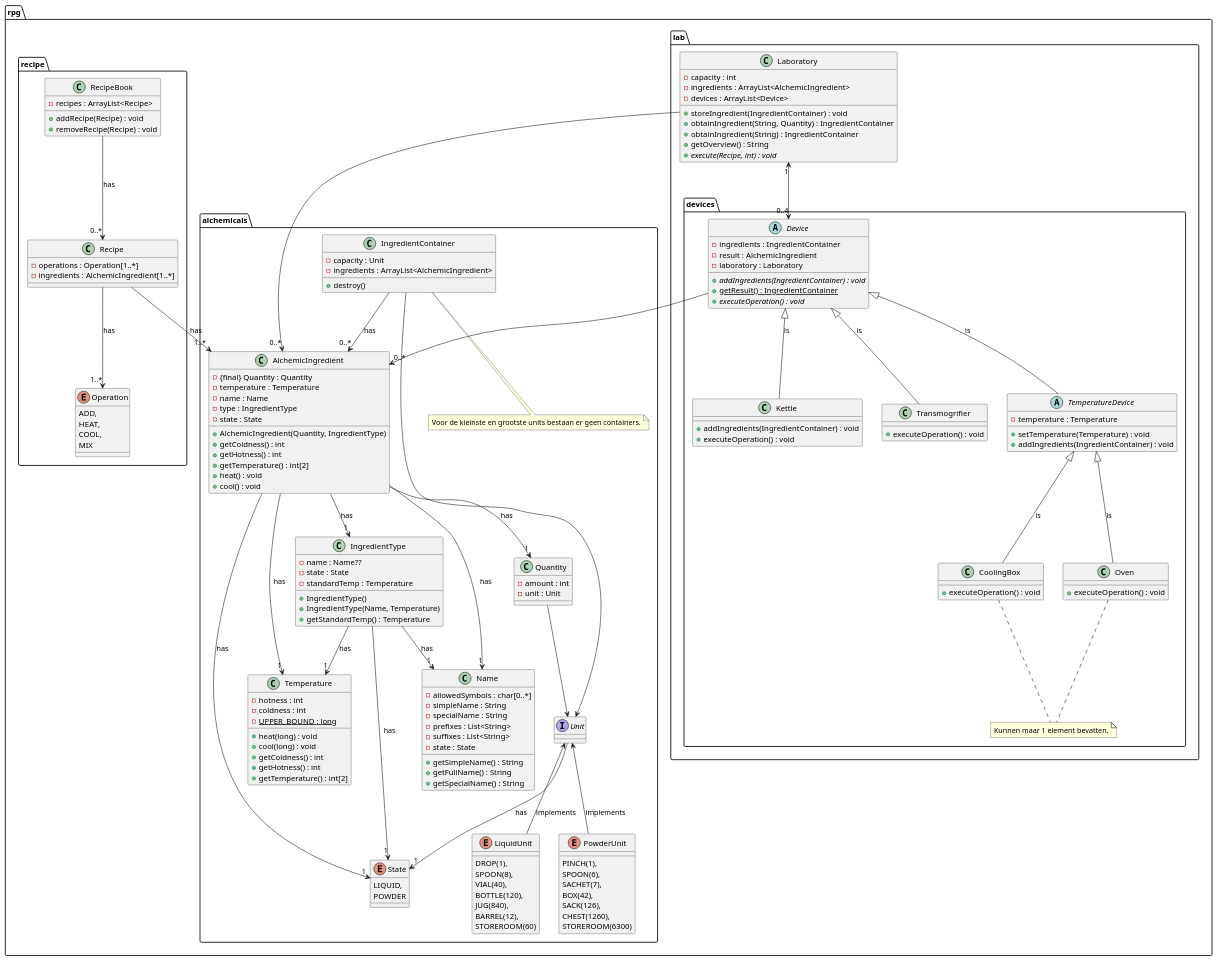
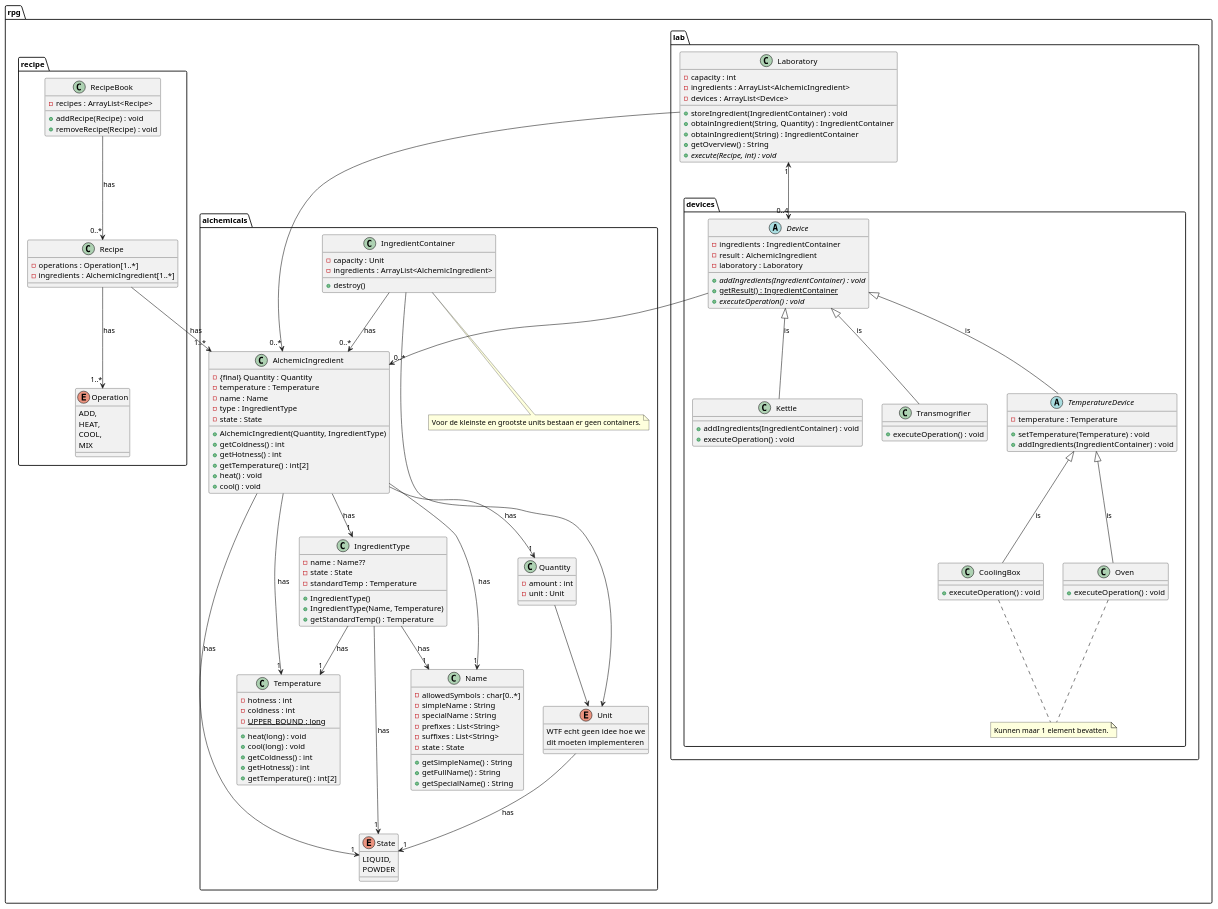
Before and after one commit to vanschependom/KULAK_ogp-examenproject: the diagram in class-diagram/vincent.puml, drawn with PlantUML.

Commit message:
Changed UML

```diff
--- a/class-diagram/vincent.puml
+++ b/class-diagram/vincent.puml
@@ -51,31 +51,10 @@
     - unit : Unit
     }
 
-    interface Unit {
+    enum Unit {
+    WTF echt geen idee hoe we
+    dit moeten implementeren
     }
-
-    enum LiquidUnit {
-    DROP(1),
-    SPOON(8),
-    VIAL(40),
-    BOTTLE(120),
-    JUG(840),
-    BARREL(12),
-    STOREROOM(60)
-    }
-
-    enum PowderUnit {
-    PINCH(1),
-    SPOON(6),
-    SACHET(7),
-    BOX(42),
-    SACK(126),
-    CHEST(1260),
-    STOREROOM(6300)
-    }
-
-    Unit <-- LiquidUnit : implements
-    Unit <-- PowderUnit : implements
 
     class Temperature {
     - hotness : int
```
